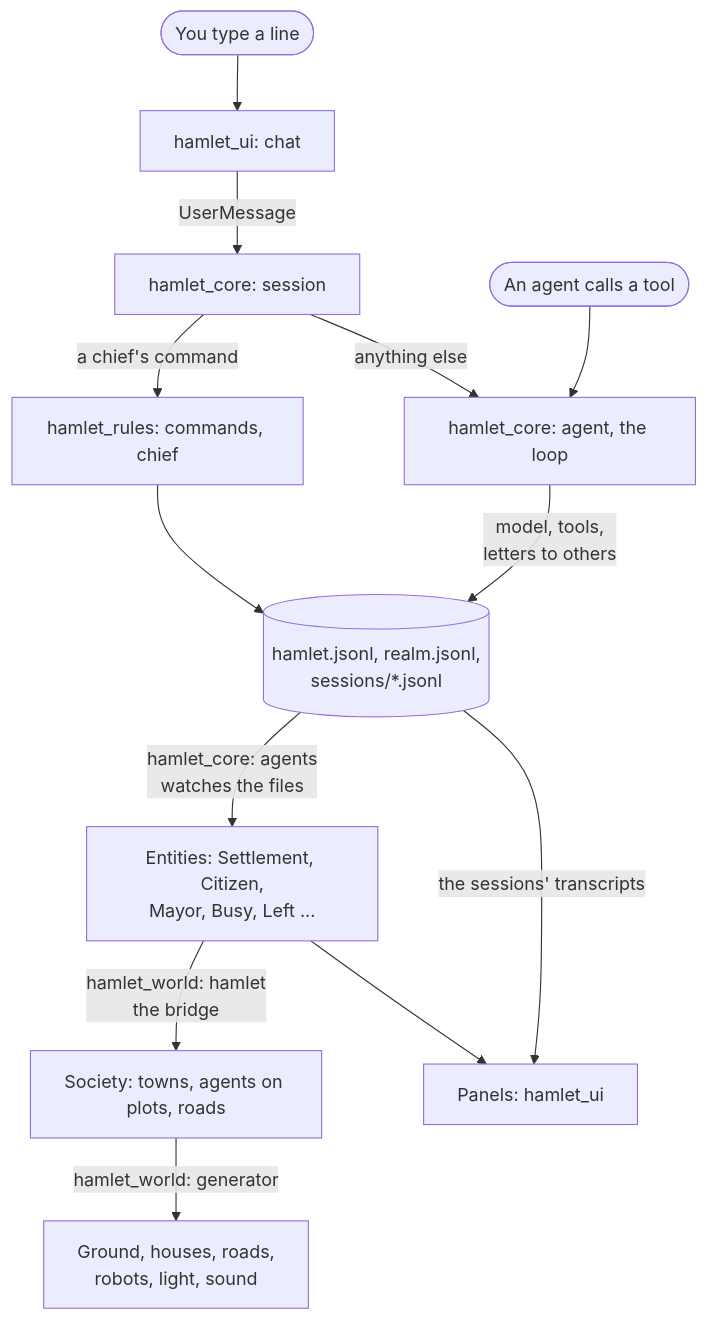
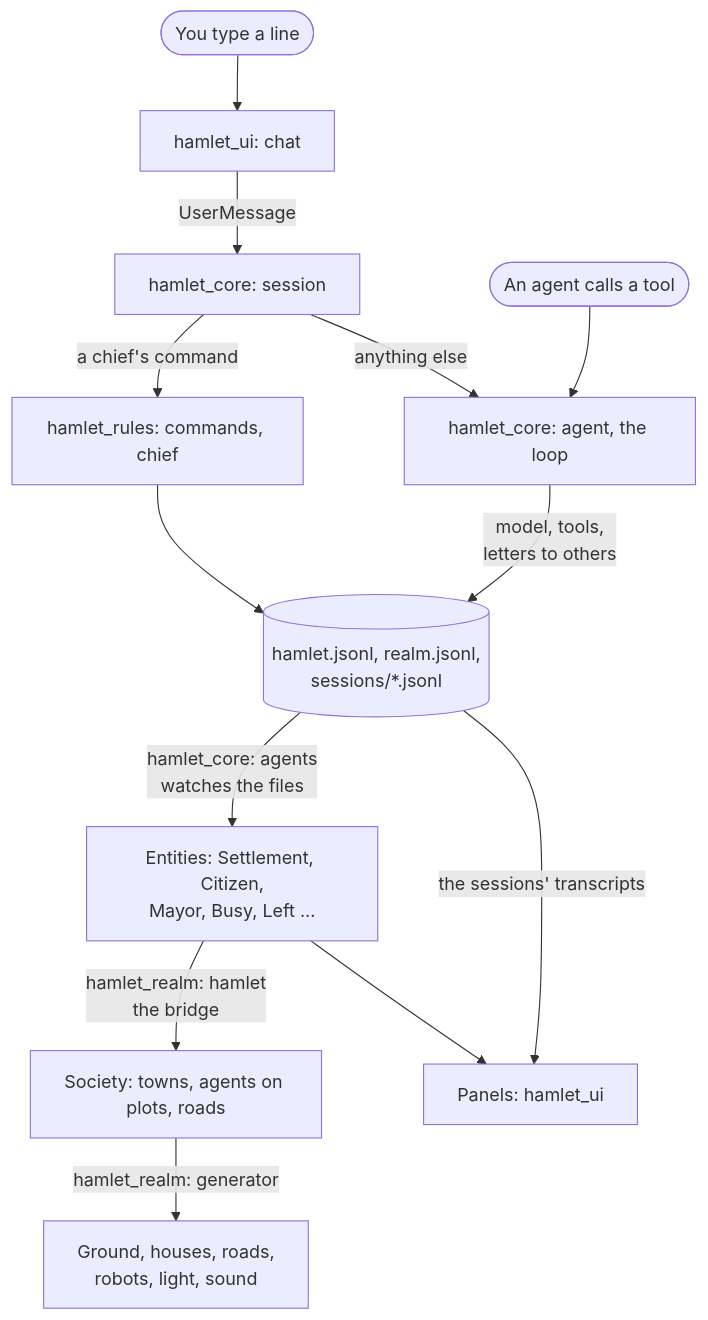
Before and after one commit to voxell-tech/hamlet: the diagram in docs/tour.md, drawn with Mermaid. The commit also changed other lines of this file and 202 other files, not shown here.

Commit message:
Rename hamlet_world to hamlet_realm

````diff
--- a/docs/tour.md
+++ b/docs/tour.md
@@ -17,27 +17,27 @@
 ```mermaid
 flowchart TD
     typed([You type a line])
     chat["hamlet_ui: chat"]
     session["hamlet_core: session"]
     rules["hamlet_rules: commands, chief"]
     agent["hamlet_core: agent, the loop"]
     tool([An agent calls a tool])
     records[("hamlet.jsonl, realm.jsonl,<br/>sessions/*.jsonl")]
     entities["Entities: Settlement, Citizen,<br/>Mayor, Busy, Left ..."]
     society["Society: towns, agents on plots, roads"]
     drawn["Ground, houses, roads,<br/>robots, light, sound"]
     panels["Panels: hamlet_ui"]
 
     typed --> chat
     chat -- UserMessage --> session
     session -- "a chief's command" --> rules
     session -- "anything else" --> agent
     tool --> agent
     rules --> records
     agent -- "model, tools,<br/>letters to others" --> records
     records -- "hamlet_core: agents<br/>watches the files" --> entities
-    entities -- "hamlet_world: hamlet<br/>the bridge" --> society
-    society -- "hamlet_world: generator" --> drawn
+    entities -- "hamlet_realm: hamlet<br/>the bridge" --> society
+    society -- "hamlet_realm: generator" --> drawn
     entities --> panels
     records -- "the sessions' transcripts" --> panels
 ```
````
